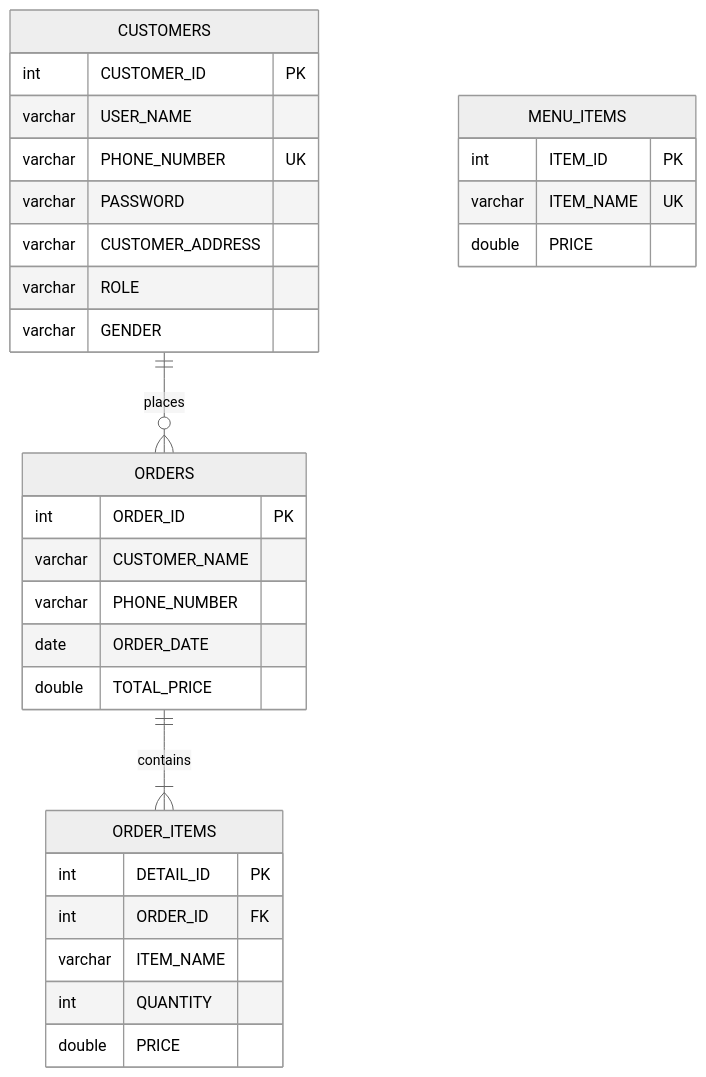
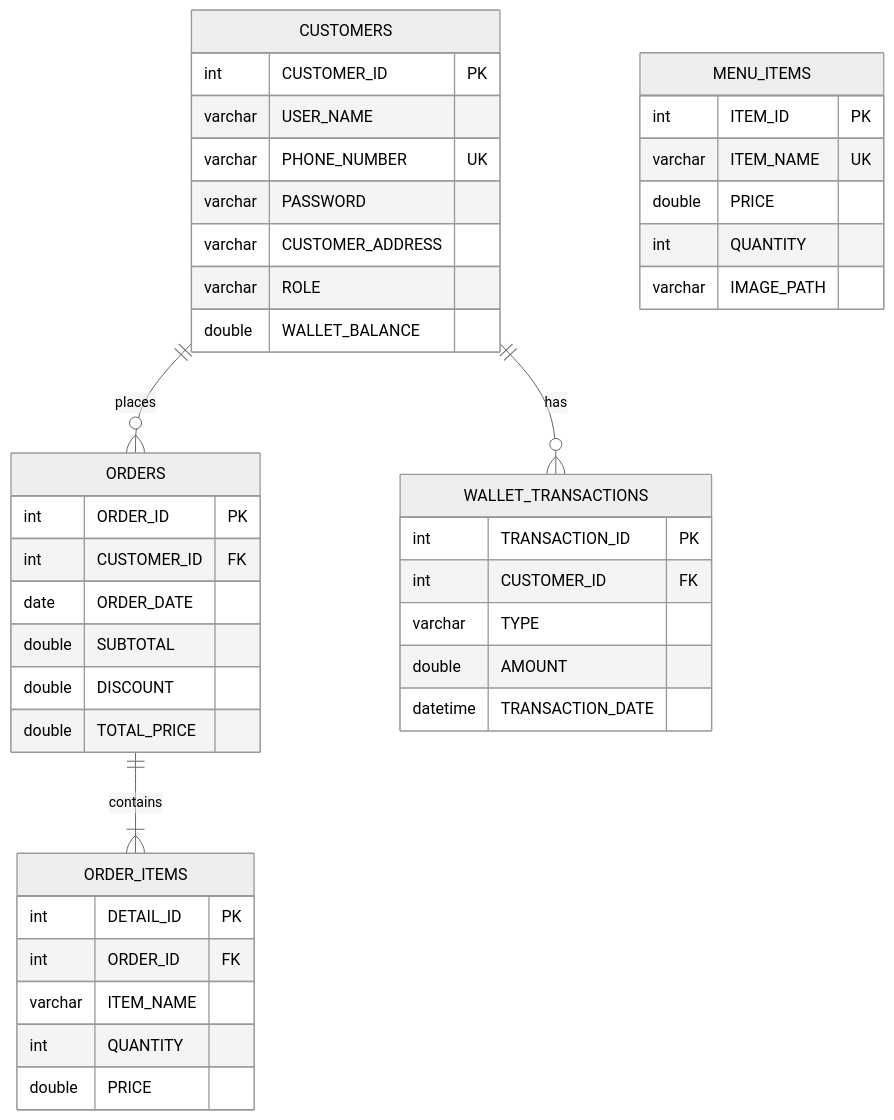
The diagram in README.md (abdullah-darahem/ZarCafe_System), drawn with Mermaid (neutral theme) before and after one commit. The commit also changed other lines of this file, not shown here.

````diff
--- a/README.md
+++ b/README.md
@@ -180,37 +197,49 @@
 ```mermaid
 erDiagram
     CUSTOMERS ||--o{ ORDERS : places
+    CUSTOMERS ||--o{ WALLET_TRANSACTIONS : has
     ORDERS ||--|{ ORDER_ITEMS : contains
     
     CUSTOMERS {
         int CUSTOMER_ID PK
         varchar USER_NAME
         varchar PHONE_NUMBER UK
         varchar PASSWORD
         varchar CUSTOMER_ADDRESS
         varchar ROLE
-        varchar GENDER
+        double WALLET_BALANCE
     }
     
     MENU_ITEMS {
         int ITEM_ID PK
         varchar ITEM_NAME UK
         double PRICE
+        int QUANTITY
+        varchar IMAGE_PATH
     }
     
     ORDERS {
         int ORDER_ID PK
-        varchar CUSTOMER_NAME
-        varchar PHONE_NUMBER
+        int CUSTOMER_ID FK
         date ORDER_DATE
+        double SUBTOTAL
+        double DISCOUNT
         double TOTAL_PRICE
     }
     
     ORDER_ITEMS {
         int DETAIL_ID PK
         int ORDER_ID FK
         varchar ITEM_NAME
         int QUANTITY
         double PRICE
     }
+    
+    WALLET_TRANSACTIONS {
+        int TRANSACTION_ID PK
+        int CUSTOMER_ID FK
+        varchar TYPE
+        double AMOUNT
+        datetime TRANSACTION_DATE
+    }
 ```
````
